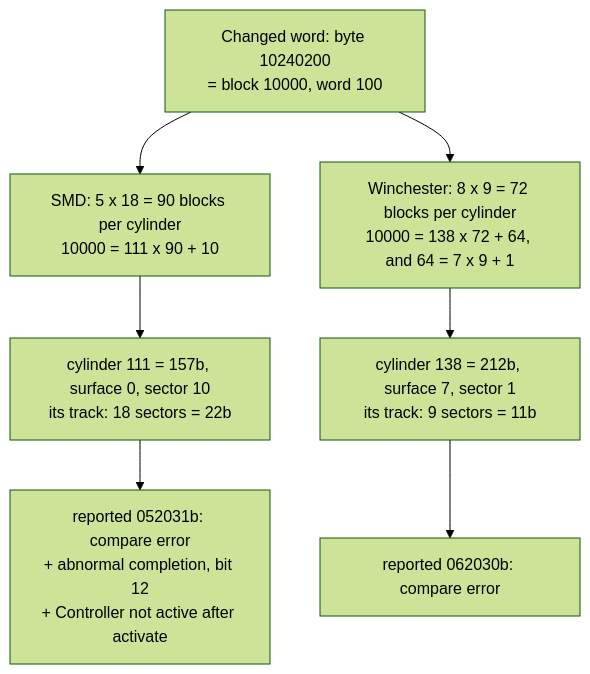
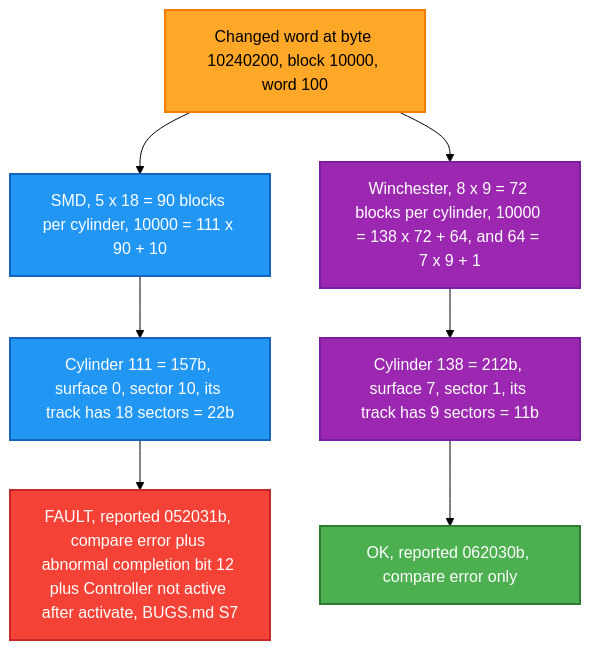
One commit to RetroCoreLabs/nd100x changed the fourth of 5 diagrams in docs/DISC-TEMA-TESTING.md. Above: the diagram before and after it, drawn with Mermaid (forest theme). The commit also changed other lines of this file and 1 other file, not shown here.

````diff
--- a/docs/DISC-TEMA-TESTING.md
+++ b/docs/DISC-TEMA-TESTING.md
@@ -571,9 +602,21 @@
 ```mermaid
 flowchart TD
-  B["Changed word: byte 10240200<br/>= block 10000, word 100"] --> S["SMD: 5 x 18 = 90 blocks per cylinder<br/>10000 = 111 x 90 + 10"]
-  B --> W["Winchester: 8 x 9 = 72 blocks per cylinder<br/>10000 = 138 x 72 + 64, and 64 = 7 x 9 + 1"]
-  S --> S2["cylinder 111 = 157b, surface 0, sector 10<br/>its track: 18 sectors = 22b"]
-  W --> W2["cylinder 138 = 212b, surface 7, sector 1<br/>its track: 9 sectors = 11b"]
-  S2 --> SR["reported 052031b: compare error<br/>+ abnormal completion, bit 12<br/>+ Controller not active after activate"]
-  W2 --> WR["reported 062030b: compare error"]
+  B["Changed word at byte 10240200, block 10000, word 100"] --> S["SMD, 5 x 18 = 90 blocks per cylinder, 10000 = 111 x 90 + 10"]
+  B --> W["Winchester, 8 x 9 = 72 blocks per cylinder, 10000 = 138 x 72 + 64, and 64 = 7 x 9 + 1"]
+  S --> S2["Cylinder 111 = 157b, surface 0, sector 10, its track has 18 sectors = 22b"]
+  W --> W2["Cylinder 138 = 212b, surface 7, sector 1, its track has 9 sectors = 11b"]
+  S2 --> SR["FAULT, reported 052031b, compare error plus abnormal completion bit 12 plus Controller not active after activate, BUGS.md S7"]
+  W2 --> WR["OK, reported 062030b, compare error only"]
+  classDef program fill:#3F51B5,stroke:#283593,stroke-width:2px,color:#fff
+  classDef smd fill:#2196F3,stroke:#1565C0,stroke-width:2px,color:#fff
+  classDef wd fill:#9C27B0,stroke:#7B1FA2,stroke-width:2px,color:#fff
+  classDef data fill:#009688,stroke:#00695C,stroke-width:2px,color:#fff
+  classDef decide fill:#FFA726,stroke:#F57C00,stroke-width:2px,color:#000
+  classDef pass fill:#4CAF50,stroke:#2E7D32,stroke-width:2px,color:#fff
+  classDef fail fill:#F44336,stroke:#C62828,stroke-width:2px,color:#fff
+  class B decide
+  class S,S2 smd
+  class W,W2 wd
+  class SR fail
+  class WR pass
 ```
````
